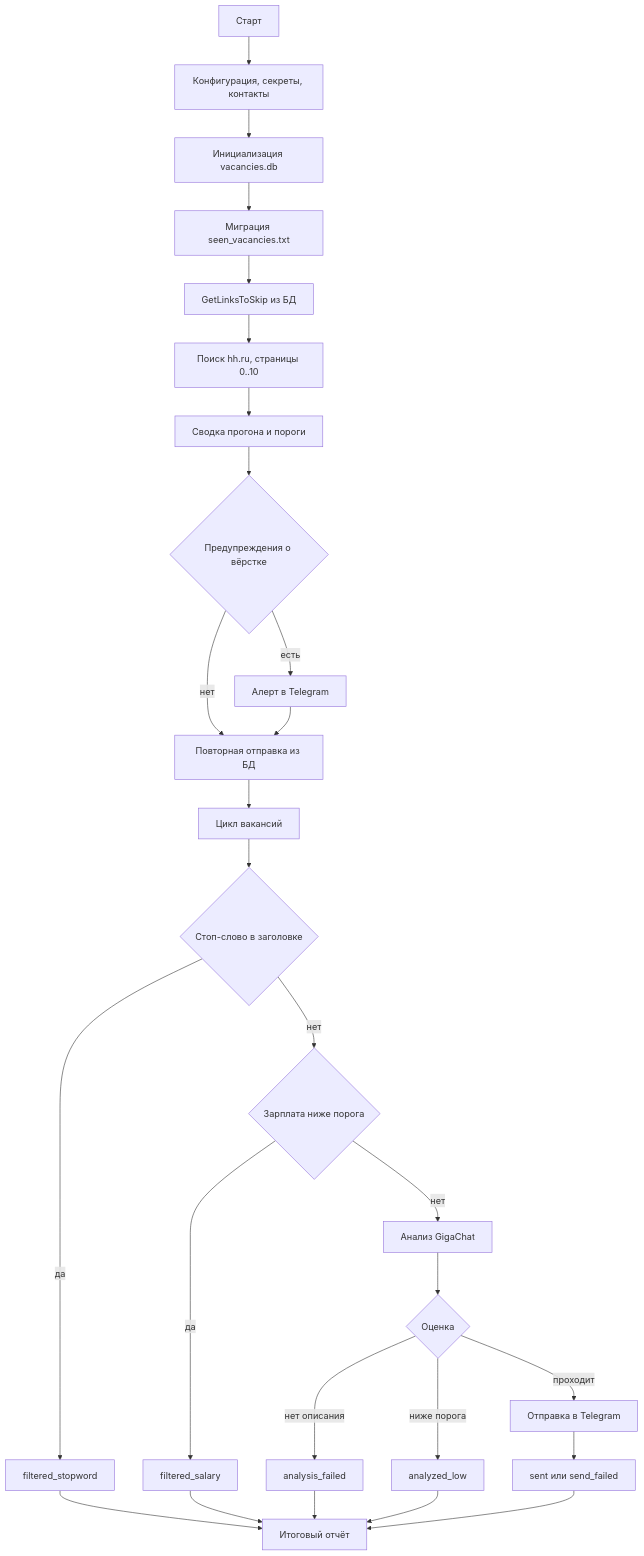
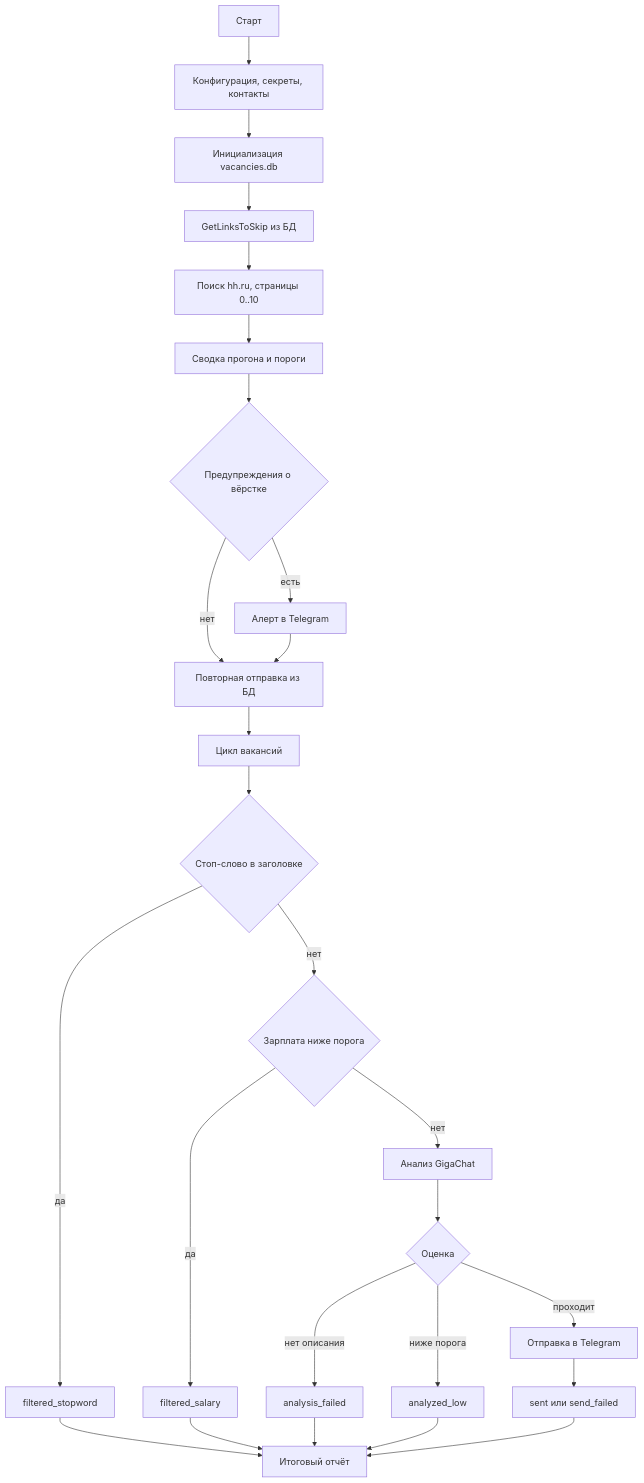
The first of 2 diagrams in docs/architecture.md (H09an/AiRecruiter), drawn with Mermaid before and after one commit. The commit also changed other lines of this file and 14 other files, not shown here.

Commit message:
chore: удалить meta и миграцию seen_vacancies (этап 3.2a, коммит 3)

````diff
--- a/docs/architecture.md
+++ b/docs/architecture.md
@@ -90,29 +87,28 @@
 ```mermaid
 flowchart TD
     A[Старт] --> B[Конфигурация, секреты, контакты]
     B --> C[Инициализация vacancies.db]
-    C --> D[Миграция seen_vacancies.txt]
-    D --> E[GetLinksToSkip из БД]
+    C --> E[GetLinksToSkip из БД]
     E --> F[Поиск hh.ru, страницы 0..10]
     F --> G[Сводка прогона и пороги]
     G --> H{Предупреждения о вёрстке}
     H -->|есть| I[Алерт в Telegram]
     H -->|нет| J
     I --> J[Повторная отправка из БД]
     J --> K[Цикл вакансий]
     K --> L{Стоп-слово в заголовке}
     L -->|да| M[filtered_stopword]
     L -->|нет| N{Зарплата ниже порога}
     N -->|да| O[filtered_salary]
     N -->|нет| P[Анализ GigaChat]
     P --> Q{Оценка}
     Q -->|нет описания| R[analysis_failed]
     Q -->|ниже порога| S[analyzed_low]
     Q -->|проходит| T[Отправка в Telegram]
     T --> U[sent или send_failed]
     M --> Z[Итоговый отчёт]
     O --> Z
     R --> Z
     S --> Z
     U --> Z
 ```
````
